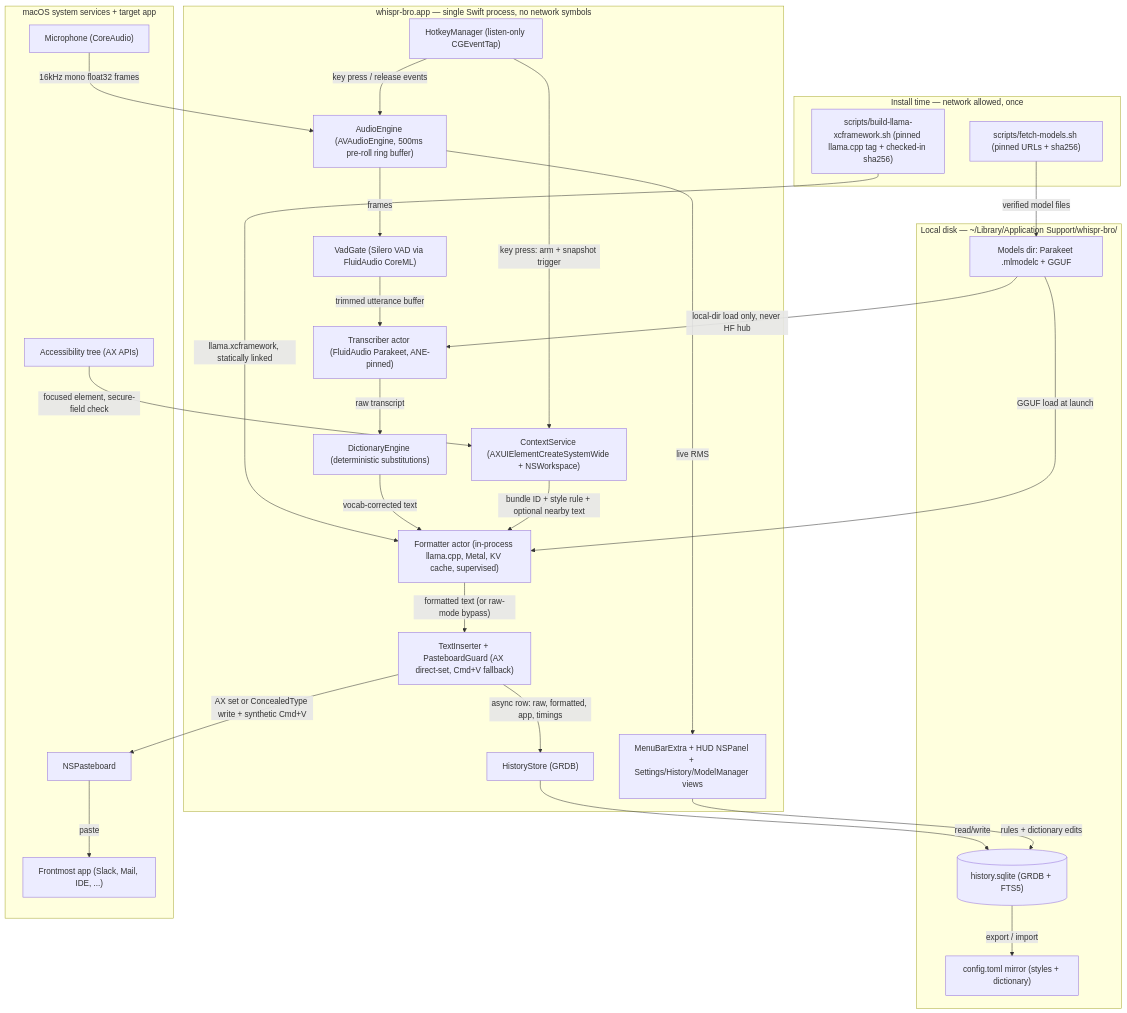
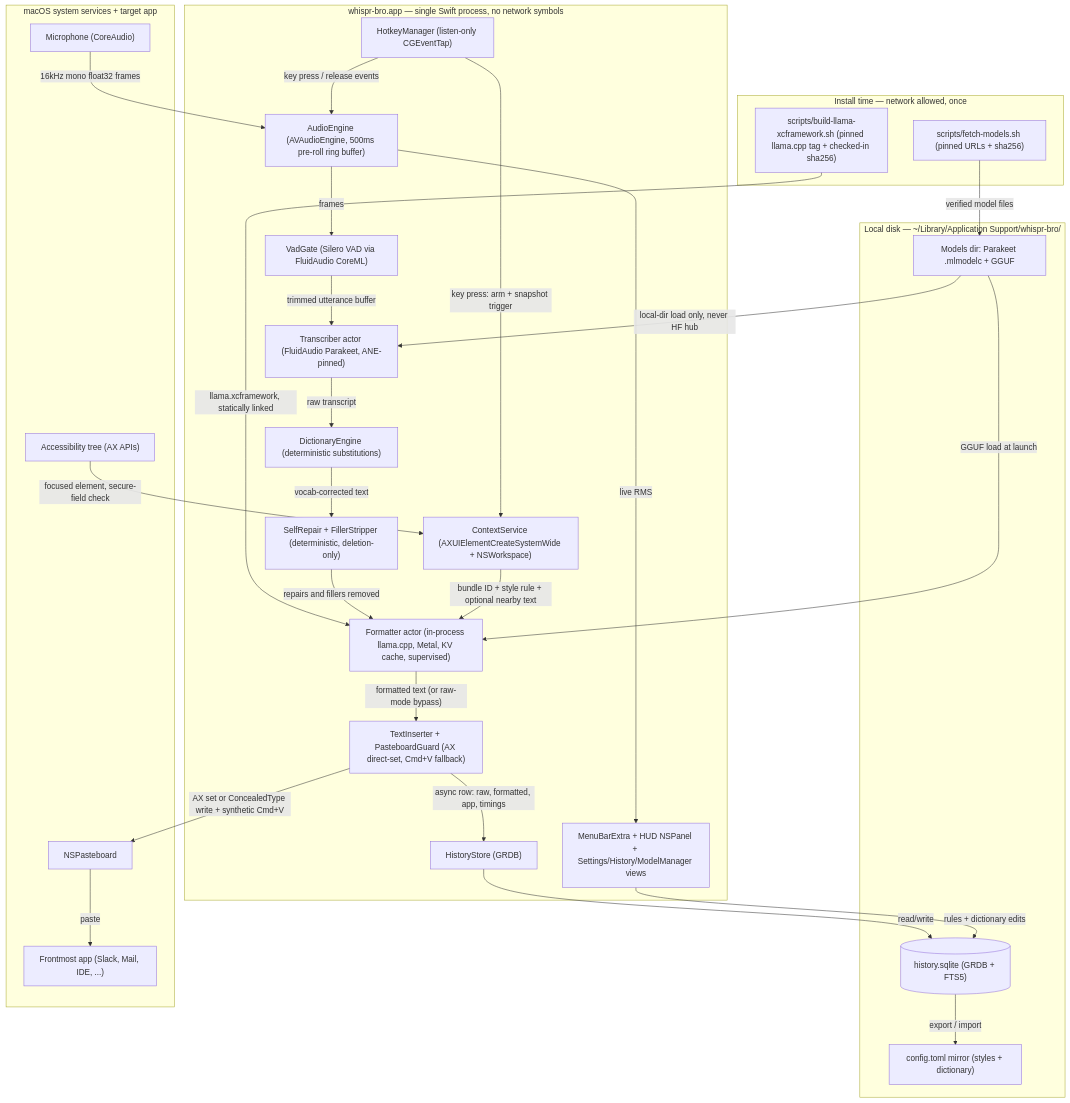
The first of 3 diagrams in docs/ARCHITECTURE.md (Micaxes/whispr-bro), drawn with Mermaid before and after one commit. The commit also changed other lines of this file and 130 other files, not shown here.

First line of the commit message:
feat: dictation quality, hands-free, spoken layout, self-repair rules and the menu bar

````diff
--- a/docs/ARCHITECTURE.md
+++ b/docs/ARCHITECTURE.md
@@ -9,56 +9,58 @@
 ```mermaid
 flowchart TB
     subgraph INSTALL["Install time — network allowed, once"]
         FETCH["scripts/fetch-models.sh (pinned URLs + sha256)"]
         BUILDLLAMA["scripts/build-llama-xcframework.sh (pinned llama.cpp tag + checked-in sha256)"]
     end
 
     subgraph DISK["Local disk — ~/Library/Application Support/whispr-bro/"]
         MODELS["Models dir: Parakeet .mlmodelc + GGUF"]
         DB[("history.sqlite (GRDB + FTS5)")]
         TOML["config.toml mirror (styles + dictionary)"]
     end
 
     subgraph APP["whispr-bro.app — single Swift process, no network symbols"]
         HK["HotkeyManager (listen-only CGEventTap)"]
         AUD["AudioEngine (AVAudioEngine, 500ms pre-roll ring buffer)"]
         VAD["VadGate (Silero VAD via FluidAudio CoreML)"]
         ASR["Transcriber actor (FluidAudio Parakeet, ANE-pinned)"]
         DICT["DictionaryEngine (deterministic substitutions)"]
+        REP["SelfRepair + FillerStripper (deterministic, deletion-only)"]
         FMT["Formatter actor (in-process llama.cpp, Metal, KV cache, supervised)"]
         CTX["ContextService (AXUIElementCreateSystemWide + NSWorkspace)"]
         INS["TextInserter + PasteboardGuard (AX direct-set, Cmd+V fallback)"]
         HIST["HistoryStore (GRDB)"]
         UI["MenuBarExtra + HUD NSPanel + Settings/History/ModelManager views"]
     end
 
     subgraph SYS["macOS system services + target app"]
         MIC["Microphone (CoreAudio)"]
         AX["Accessibility tree (AX APIs)"]
         PB["NSPasteboard"]
         TGT["Frontmost app (Slack, Mail, IDE, ...)"]
     end
 
     FETCH -->|"verified model files"| MODELS
     BUILDLLAMA -->|"llama.xcframework, statically linked"| FMT
     MODELS -->|"local-dir load only, never HF hub"| ASR
     MODELS -->|"GGUF load at launch"| FMT
 
     MIC -->|"16kHz mono float32 frames"| AUD
     HK -->|"key press: arm + snapshot trigger"| CTX
     HK -->|"key press / release events"| AUD
     AUD -->|"frames"| VAD
     VAD -->|"trimmed utterance buffer"| ASR
     ASR -->|"raw transcript"| DICT
-    DICT -->|"vocab-corrected text"| FMT
+    DICT -->|"vocab-corrected text"| REP
+    REP -->|"repairs and fillers removed"| FMT
     CTX -->|"bundle ID + style rule + optional nearby text"| FMT
     AX -->|"focused element, secure-field check"| CTX
     FMT -->|"formatted text (or raw-mode bypass)"| INS
     INS -->|"AX set or ConcealedType write + synthetic Cmd+V"| PB
     PB -->|"paste"| TGT
     INS -->|"async row: raw, formatted, app, timings"| HIST
     HIST -->|"read/write"| DB
     UI -->|"rules + dictionary edits"| DB
     DB -->|"export / import"| TOML
     AUD -->|"live RMS"| UI
 ```
````
